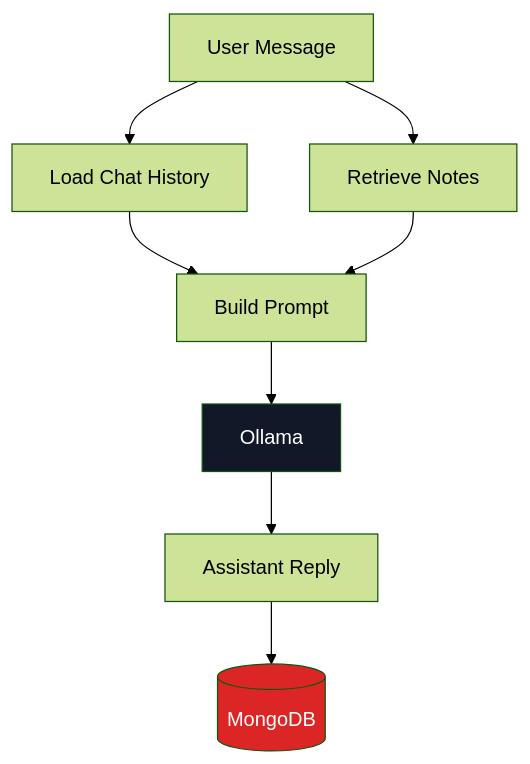
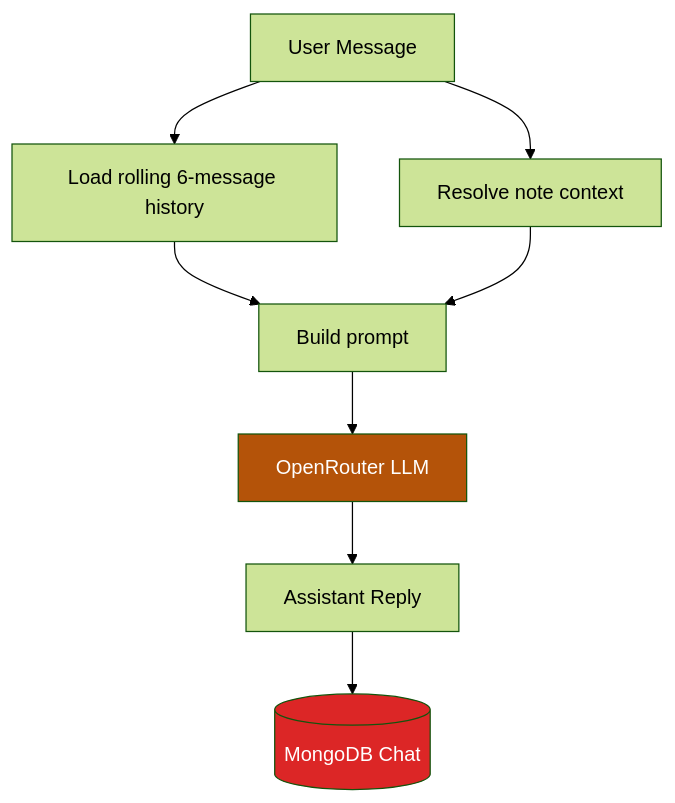
The third of 3 diagrams in README.md (aryanpatil-07/SecondBrain), drawn with Mermaid (forest theme) before and after one commit. The commit also changed other lines of this file, not shown here.

````diff
--- a/README.md
+++ b/README.md
@@ -291,21 +406,21 @@
 ```mermaid
 flowchart TD
     A[User Message]
-    B[Load Chat History]
-    C[Retrieve Notes]
-    D[Build Prompt]
-    E[Ollama]
+    B[Load rolling 6-message history]
+    C[Resolve note context]
+    D[Build prompt]
+    E[OpenRouter LLM]
     F[Assistant Reply]
-    G[(MongoDB)]
+    G[(MongoDB Chat)]
 
     A --> B
     B --> D
     A --> C
     C --> D
     D --> E
     E --> F
     F --> G
 
-    style E fill:#111827,color:#fff
+    style E fill:#b45309,color:#fff
     style G fill:#dc2626,color:#fff
 ```
````
